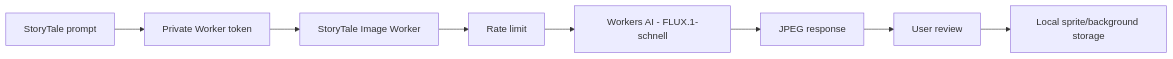
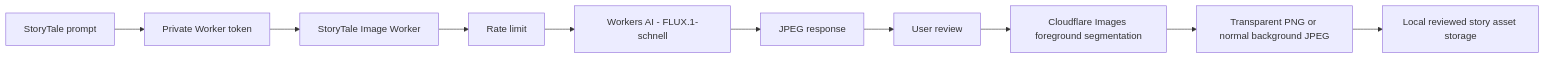
The diagram in docs/CLOUDFLARE_IMAGE_GENERATOR.md (Jbeloz/StoryTale), drawn with Mermaid before and after one commit. The commit also changed other lines of this file and 22 other files, not shown here.

````diff
--- a/docs/CLOUDFLARE_IMAGE_GENERATOR.md
+++ b/docs/CLOUDFLARE_IMAGE_GENERATOR.md
@@ -22,10 +23,12 @@
 ```mermaid
 flowchart LR
     A["StoryTale prompt"] --> B["Private Worker token"]
     B --> C["StoryTale Image Worker"]
     C --> D["Rate limit"]
     D --> E["Workers AI - FLUX.1-schnell"]
     E --> F["JPEG response"]
     F --> G["User review"]
-    G --> H["Local sprite/background storage"]
+    G --> H["Cloudflare Images foreground segmentation"]
+    H --> I["Transparent PNG or normal background JPEG"]
+    I --> J["Local reviewed story asset storage"]
 ```
````
